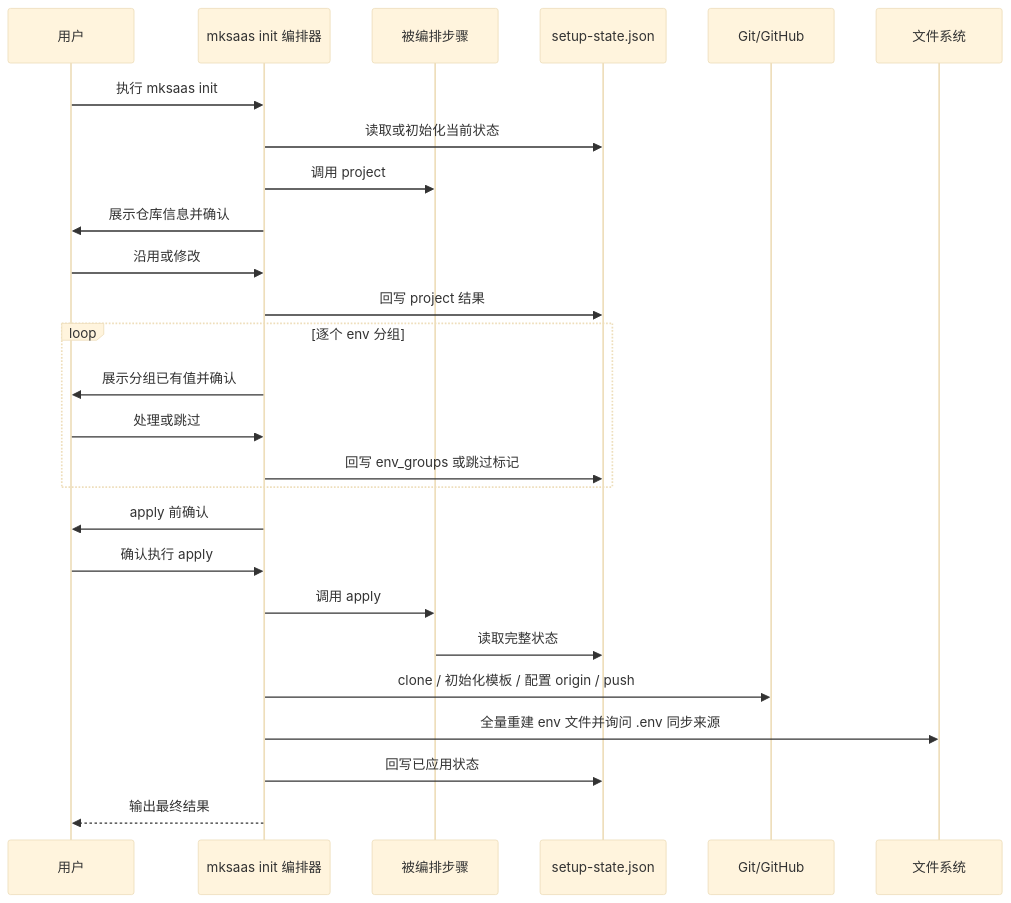
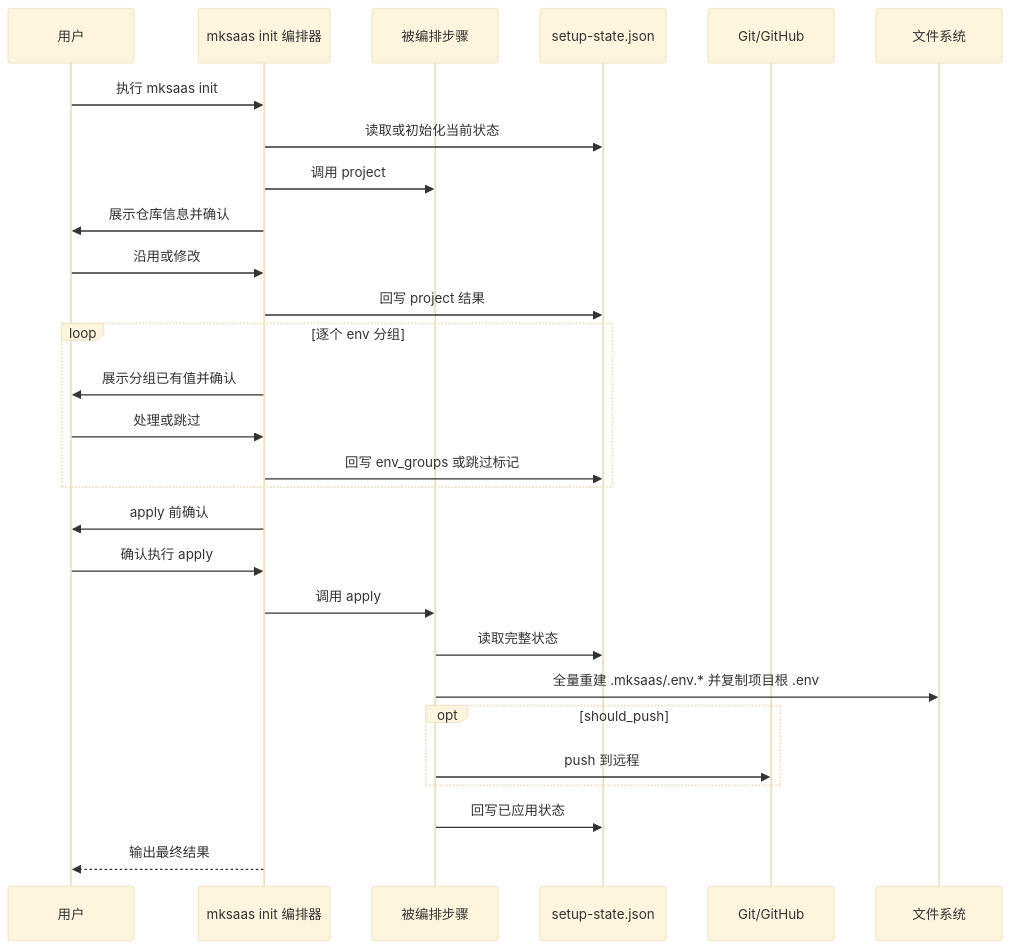
Before and after one commit to CaffeineOddity/mksaas_command: the second of 2 diagrams in REQUIREMENTS.md, drawn with Mermaid (base theme). The commit also changed other lines of this file and 7 other files, not shown here.

First line of the commit message:
docs: project 承接项目创建 + .mksaas 放仓库内 + env 落点调整

````diff
--- a/REQUIREMENTS.md
+++ b/REQUIREMENTS.md
@@ -234,29 +237,31 @@
 ```mermaid
 sequenceDiagram
     participant U as 用户
     participant C as mksaas init 编排器
     participant S as 被编排步骤
     participant J as setup-state.json
     participant G as Git/GitHub
     participant F as 文件系统
 
     U->>C: 执行 mksaas init
     C->>J: 读取或初始化当前状态
     C->>S: 调用 project
     C->>U: 展示仓库信息并确认
     U->>C: 沿用或修改
     C->>J: 回写 project 结果
     loop 逐个 env 分组
         C->>U: 展示分组已有值并确认
         U->>C: 处理或跳过
         C->>J: 回写 env_groups 或跳过标记
     end
     C->>U: apply 前确认
     U->>C: 确认执行 apply
     C->>S: 调用 apply
     S->>J: 读取完整状态
-    C->>G: clone / 初始化模板 / 配置 origin / push
-    C->>F: 全量重建 env 文件并询问 .env 同步来源
-    C->>J: 回写已应用状态
+    S->>F: 全量重建 .mksaas/.env.* 并复制项目根 .env
+    opt should_push
+        S->>G: push 到远程
+    end
+    S->>J: 回写已应用状态
     C-->>U: 输出最终结果
 ```
````
